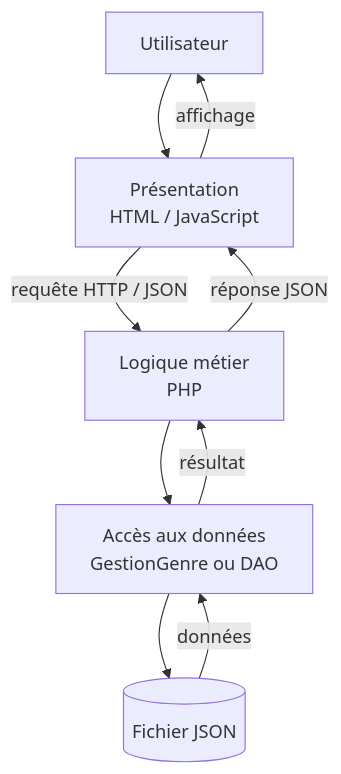
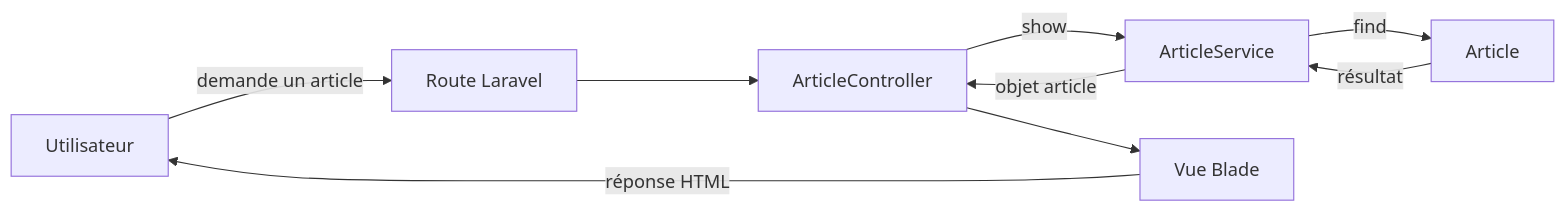
The second of 2 diagrams in rapport/chapitres/15-architecture_du_system.md (mesbahimohammedyassirsolicode-star/blog-des-laureats), drawn with Mermaid before and after one commit. The commit also changed other lines of this file and 18 other files, not shown here.

````diff
--- a/rapport/chapitres/15-architecture_du_system.md
+++ b/rapport/chapitres/15-architecture_du_system.md
@@ -33,11 +29,11 @@
 ```mermaid
-flowchart TB
-    U[Utilisateur] --> P[Présentation<br/>HTML / JavaScript]
-    P -->|requête HTTP / JSON| L[Logique métier<br/>PHP]
-    L --> A[Accès aux données<br/>GestionGenre ou DAO]
-    A --> D[(Fichier JSON)]
-    D -->|données| A
-    A -->|résultat| L
-    L -->|réponse JSON| P
-    P -->|affichage| U
+flowchart LR
+    U[Utilisateur] -->|demande un article| R[Route Laravel]
+    R --> C[ArticleController]
+    C -->|show| S[ArticleService]
+    S -->|find| M[Article]
+    M -->|résultat| S
+    S -->|objet article| C
+    C --> V[Vue Blade]
+    V -->|réponse HTML| U
 ```
````
